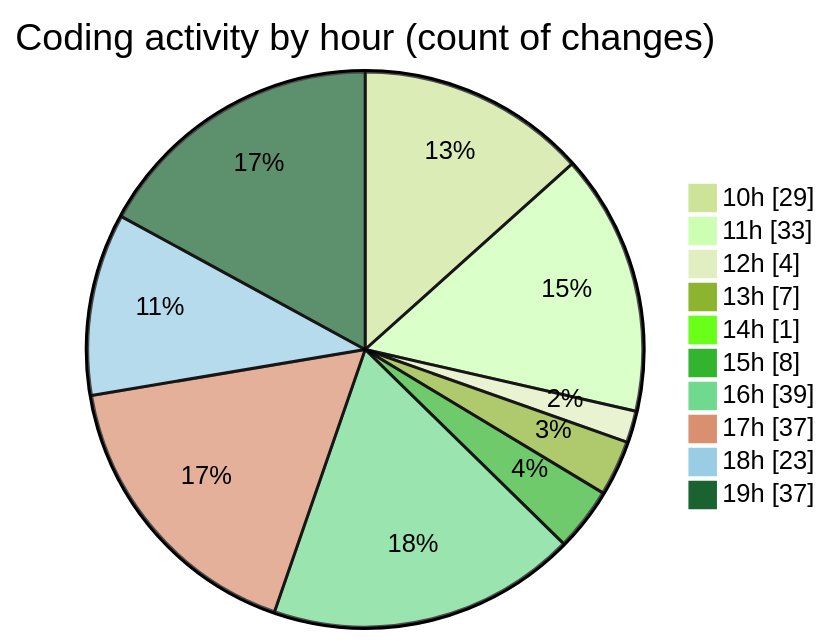
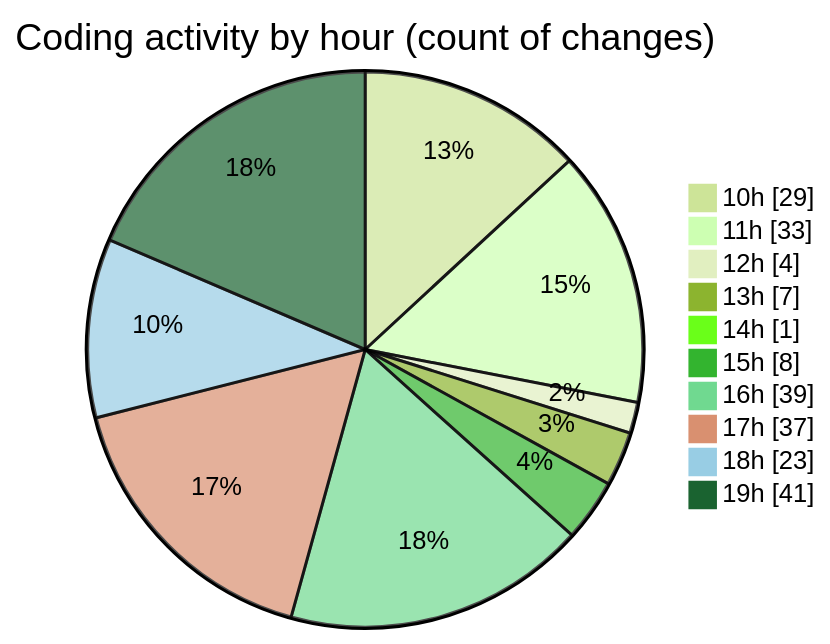
The second of 2 diagrams in 2025-06-05/cda/README.md (momahboobian/code-tracking), drawn with Mermaid (forest theme) before and after one commit. The commit also changed other lines of this file and 1 other file, not shown here.

````diff
--- a/2025-06-05/cda/README.md
+++ b/2025-06-05/cda/README.md
@@ -74,14 +74,14 @@
 ```mermaid
 pie showData
 title Coding activity by hour (count of changes)
 "10h" : 29
 "11h" : 33
 "12h" : 4
 "13h" : 7
 "14h" : 1
 "15h" : 8
 "16h" : 39
 "17h" : 37
 "18h" : 23
-"19h" : 37
+"19h" : 41
 ```
````
